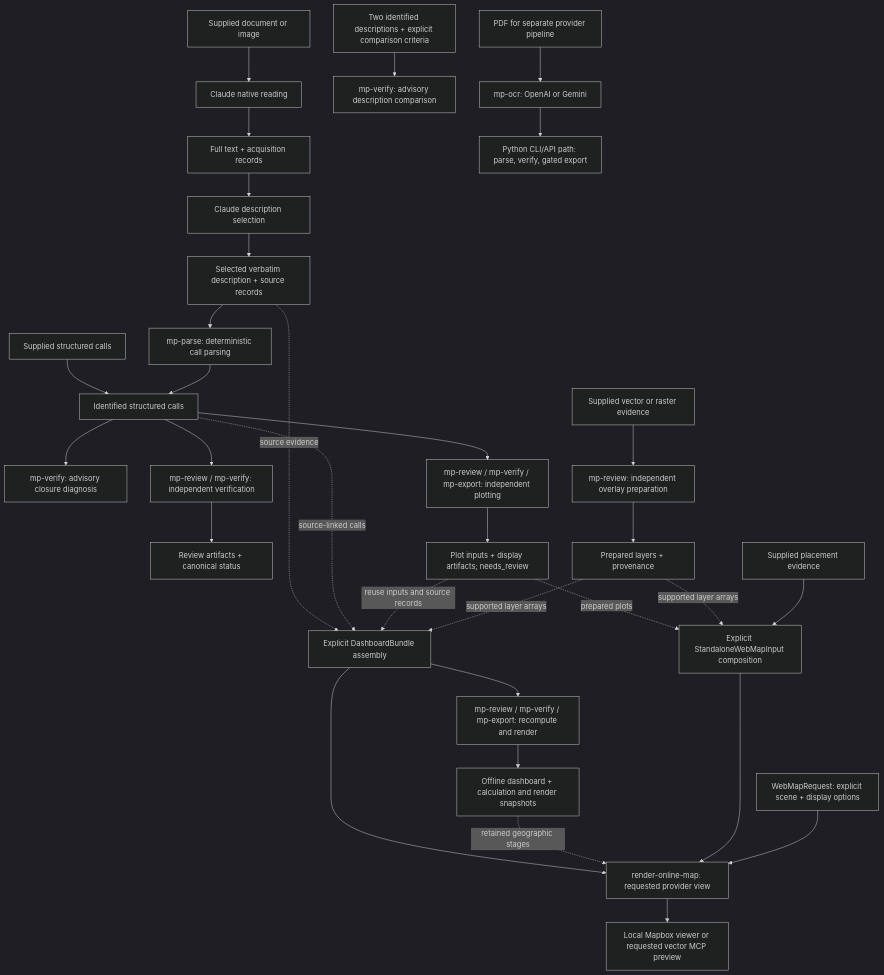
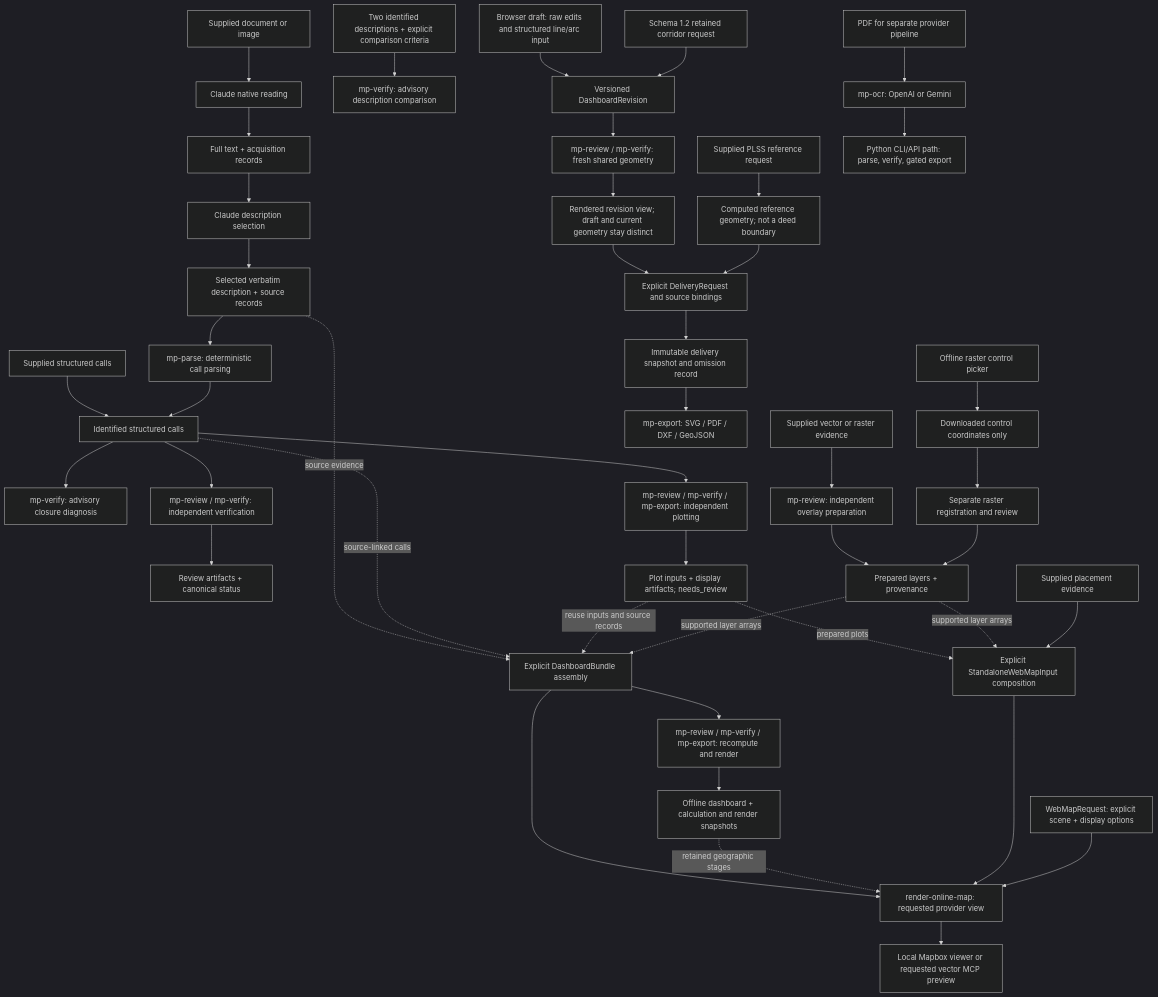
One commit to domfahey/metesParser changed the second of 2 diagrams in docs/ARCHITECTURE.md. Above: the diagram before and after it, drawn with Mermaid (dark theme). The commit also changed other lines of this file and 7 other files, not shown here.

````diff
--- a/docs/ARCHITECTURE.md
+++ b/docs/ARCHITECTURE.md
@@ -166,34 +167,46 @@
 ```mermaid
 flowchart TD
     document[Supplied document or image] --> native[Claude native reading]
     native --> text[Full text + acquisition records]
     text --> selection[Claude description selection]
     selection --> selected[Selected verbatim description + source records]
     selected --> parse[mp-parse: deterministic call parsing]
     supplied[Supplied structured calls] --> calls[Identified structured calls]
     parse --> calls
     calls --> diagnosis[mp-verify: advisory closure diagnosis]
     versions[Two identified descriptions + explicit comparison criteria] --> comparison[mp-verify: advisory description comparison]
     calls --> verify[mp-review / mp-verify: independent verification]
     verify --> checked[Review artifacts + canonical status]
     calls --> plot[mp-review / mp-verify / mp-export: independent plotting]
     plot --> plotted[Plot inputs + display artifacts; needs_review]
     maps[Supplied vector or raster evidence] --> overlay[mp-review: independent overlay preparation]
     overlay --> prepared[Prepared layers + provenance]
     selected -. source evidence .-> assembly[Explicit DashboardBundle assembly]
     calls -. source-linked calls .-> assembly
     plotted -. reuse inputs and source records .-> assembly
     prepared -. supported layer arrays .-> assembly
     assembly --> dashboard[mp-review / mp-verify / mp-export: recompute and render]
     dashboard --> output[Offline dashboard + calculation and render snapshots]
     assembly --> online[render-online-map: requested provider view]
     output -. retained geographic stages .-> online
     plotted -. prepared plots .-> standalone[Explicit StandaloneWebMapInput composition]
     prepared -. supported layer arrays .-> standalone
     placement[Supplied placement evidence] --> standalone
     standalone --> online
     config[WebMapRequest: explicit scene + display options] --> online
     online --> viewer[Local Mapbox viewer or requested vector MCP preview]
+    draft[Browser draft: raw edits and structured line/arc input] --> revision[Versioned DashboardRevision]
+    revision --> revision_engine[mp-review / mp-verify: fresh shared geometry]
+    revision_engine --> revision_view[Rendered revision view; draft and current geometry stay distinct]
+    corridor[Schema 1.2 retained corridor request] --> revision
+    plss[Supplied PLSS reference request] --> reference[Computed reference geometry; not a deed boundary]
+    revision_view --> delivery[Explicit DeliveryRequest and source bindings]
+    reference --> delivery
+    delivery --> snapshot[Immutable delivery snapshot and omission record]
+    snapshot --> export[mp-export: SVG / PDF / DXF / GeoJSON]
+    picker[Offline raster control picker] --> controls[Downloaded control coordinates only]
+    controls --> register[Separate raster registration and review]
+    register --> prepared
     pdf[PDF for separate provider pipeline] --> ocr[mp-ocr: OpenAI or Gemini]
     ocr --> legacy[Python CLI/API path: parse, verify, gated export]
 ```
````
